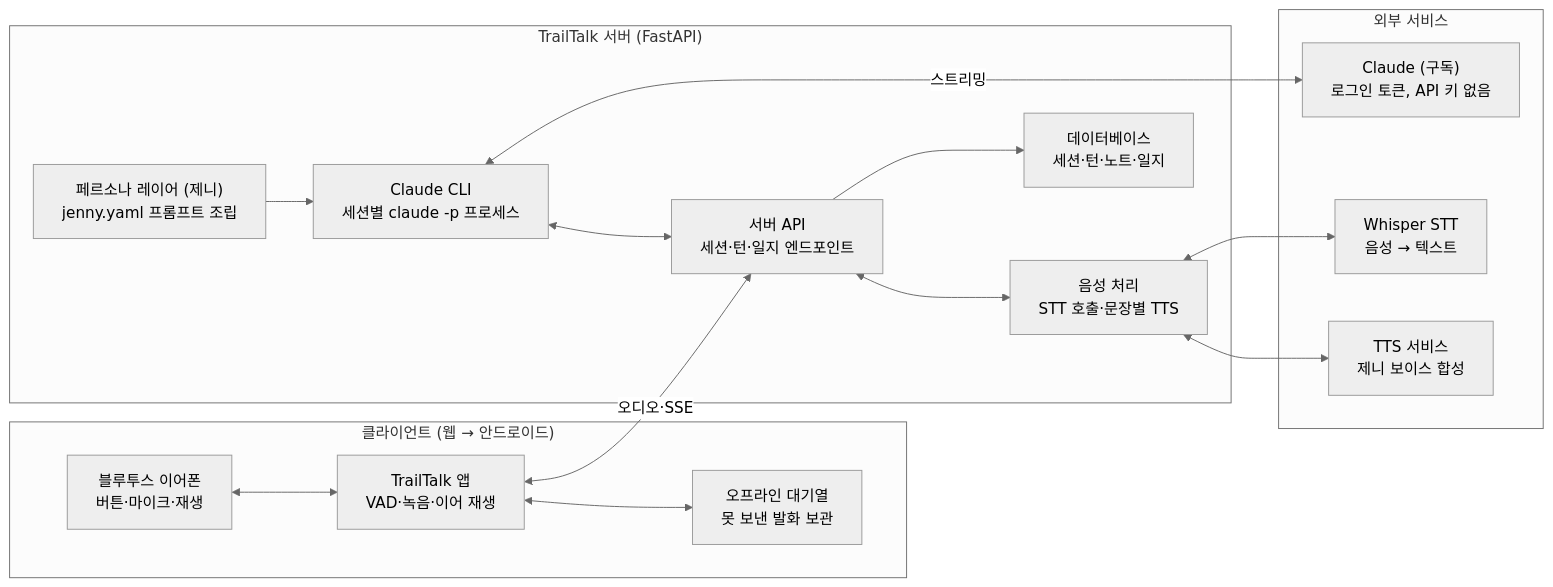
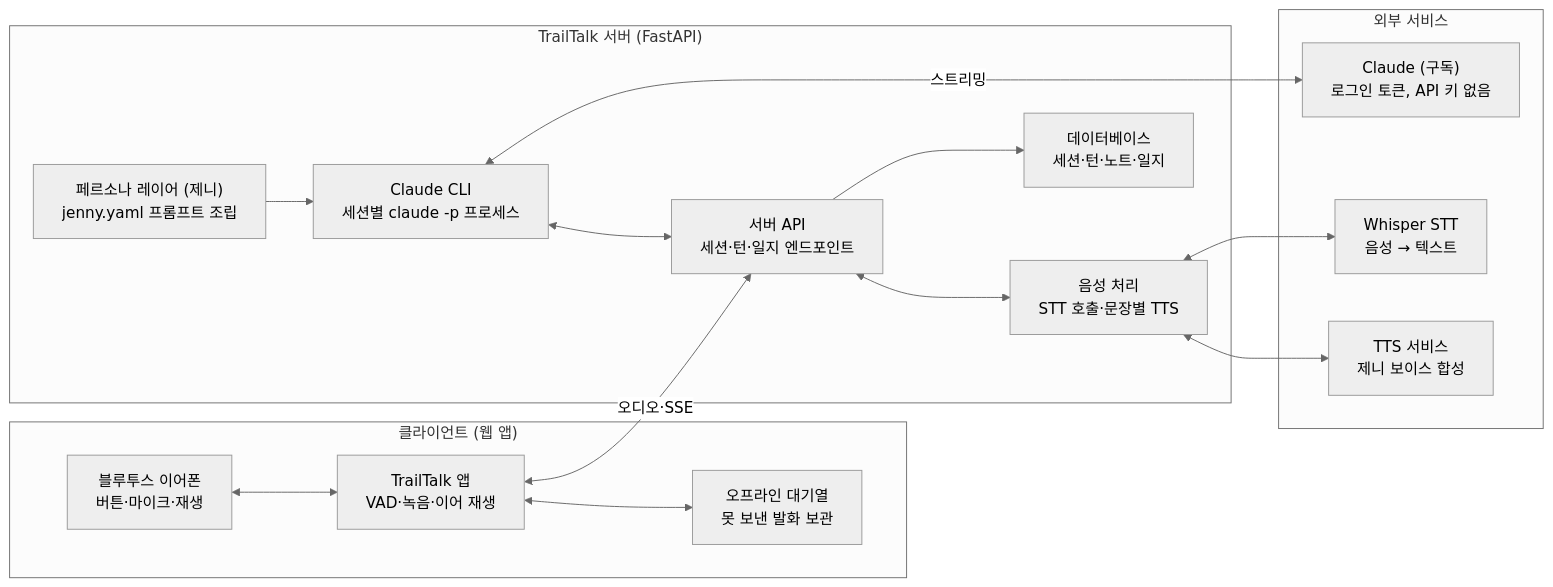
The first of 2 diagrams in docs/requirements-design.md (kangsuek/TrailTalk), drawn with Mermaid (neutral theme) before and after one commit. The commit also changed other lines of this file and 1 other file, not shown here.

First line of the commit message:
문서: 안드로이드 포팅 취소, 웹 앱(PWA)으로 마무리

````diff
--- a/docs/requirements-design.md
+++ b/docs/requirements-design.md
@@ -87,30 +87,30 @@
 ```mermaid
 flowchart LR
-  subgraph Client["클라이언트 (웹 → 안드로이드)"]
+  subgraph Client["클라이언트 (웹 앱)"]
     EAR["블루투스 이어폰<br/>버튼·마이크·재생"]
     APP["TrailTalk 앱<br/>VAD·녹음·이어 재생"]
     Q["오프라인 대기열<br/>못 보낸 발화 보관"]
   end
   subgraph Server["TrailTalk 서버 (FastAPI)"]
     P["페르소나 레이어 (제니)<br/>jenny.yaml 프롬프트 조립"]
     CLI["Claude CLI<br/>세션별 claude -p 프로세스"]
     API["서버 API<br/>세션·턴·일지 엔드포인트"]
     V["음성 처리<br/>STT 호출·문장별 TTS"]
     DB["데이터베이스<br/>세션·턴·노트·일지"]
   end
   subgraph Ext["외부 서비스"]
     CL["Claude (구독)<br/>로그인 토큰, API 키 없음"]
     W["Whisper STT<br/>음성 → 텍스트"]
     T["TTS 서비스<br/>제니 보이스 합성"]
   end
   EAR <--> APP
   APP <--> Q
   APP <-- "오디오·SSE" --> API
   P --> CLI
   CLI <--> API
   API <--> V
   API --> DB
   CLI <-- "스트리밍" --> CL
   V <--> W
   V <--> T
 ```
````
